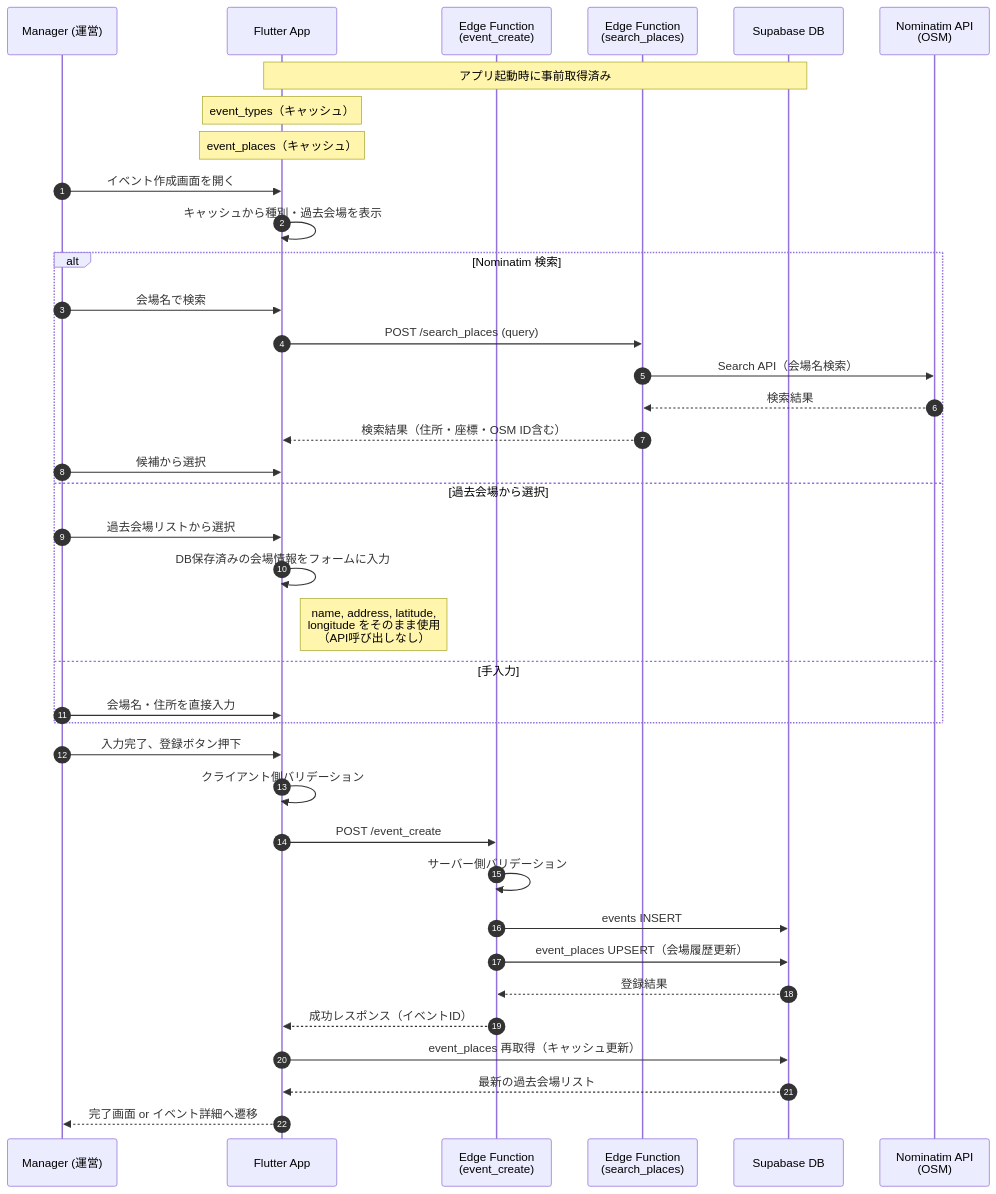
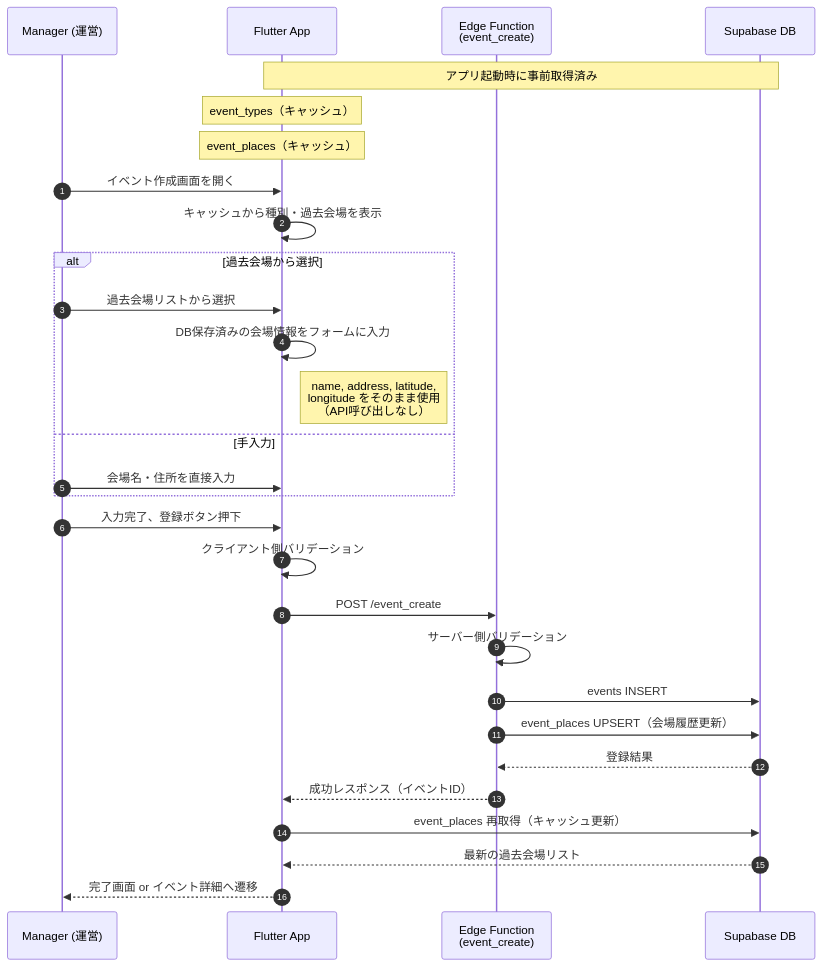
Before and after one commit to kerokerotur/banars-app: the diagram in docs/DESIGN_DOCS/events/event_create.md, drawn with Mermaid. The commit also changed other lines of this file and 10 other files, not shown here.

````diff
--- a/docs/DESIGN_DOCS/events/event_create.md
+++ b/docs/DESIGN_DOCS/events/event_create.md
@@ -5,44 +5,35 @@
 ```mermaid
 sequenceDiagram
     autonumber
     participant Manager as Manager (運営)
     participant App as Flutter App
     participant Edge as Edge Function<br>(event_create)
-    participant Search as Edge Function<br>(search_places)
     participant DB as Supabase DB
-    participant Nominatim as Nominatim API<br>(OSM)
 
     Note over App,DB: アプリ起動時に事前取得済み
     Note over App: event_types（キャッシュ）
     Note over App: event_places（キャッシュ）
 
     Manager->>App: イベント作成画面を開く
     App->>App: キャッシュから種別・過去会場を表示
 
-    alt Nominatim 検索
-        Manager->>App: 会場名で検索
-        App->>Search: POST /search_places (query)
-        Search->>Nominatim: Search API（会場名検索）
-        Nominatim-->>Search: 検索結果
-        Search-->>App: 検索結果（住所・座標・OSM ID含む）
-        Manager->>App: 候補から選択
-    else 過去会場から選択
+    alt 過去会場から選択
         Manager->>App: 過去会場リストから選択
         App->>App: DB保存済みの会場情報をフォームに入力
         Note right of App: name, address, latitude,<br>longitude をそのまま使用<br>（API呼び出しなし）
     else 手入力
         Manager->>App: 会場名・住所を直接入力
     end
 
     Manager->>App: 入力完了、登録ボタン押下
     App->>App: クライアント側バリデーション
     App->>Edge: POST /event_create
     Edge->>Edge: サーバー側バリデーション
     Edge->>DB: events INSERT
     Edge->>DB: event_places UPSERT（会場履歴更新）
     DB-->>Edge: 登録結果
     Edge-->>App: 成功レスポンス（イベントID）
     App->>DB: event_places 再取得（キャッシュ更新）
     DB-->>App: 最新の過去会場リスト
     App-->>Manager: 完了画面 or イベント詳細へ遷移
 ```
````
